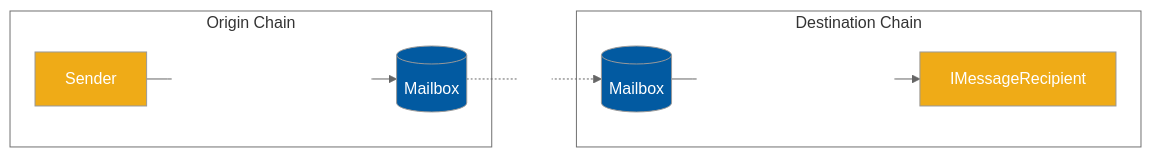
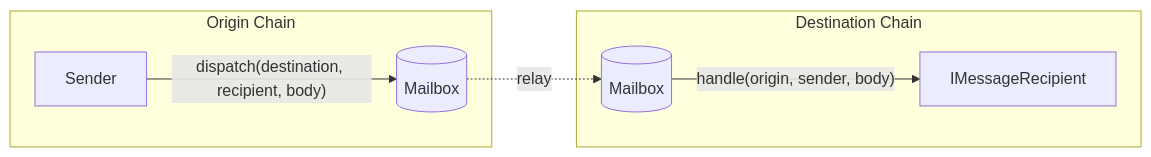
Before and after one commit to hyperlane-xyz/v3-docs: the diagram in docs/reference/messaging/README.mdx, drawn with Mermaid. The commit also changed 3 other files, not shown here.

````diff
--- a/docs/reference/messaging/README.mdx
+++ b/docs/reference/messaging/README.mdx
@@ -15,34 +15,17 @@
 ```mermaid
-%%{ init: {
-  "theme": "neutral",
-  "themeVariables": {
-    "mainBkg": "#025AA1",
-    "textColor": "white",
-    "clusterBkg": "white"
-  },
-  "themeCSS": ".edgeLabel { color: black }"
-}}%%
-
 flowchart LR
     subgraph Origin Chain
       Sender
       M_O[(Mailbox)]
       Sender -- "dispatch(destination, recipient, body)" --> M_O
     end
 
     subgraph Destination Chain
       Recipient[IMessageRecipient]
       M_D[(Mailbox)]
 
       M_D -- "handle(origin, sender, body)" --> Recipient
     end
 
     M_O -. "relay" .-> M_D
-
-    click M_O https://github.com/hyperlane-xyz/hyperlane-monorepo/blob/main/solidity/contracts/Mailbox.sol
-    click Recipient https://github.com/hyperlane-xyz/hyperlane-monorepo/blob/main/solidity/interfaces/IMessageRecipient.sol
-    click M_D https://github.com/hyperlane-xyz/hyperlane-monorepo/blob/main/solidity/contracts/Mailbox.sol
-
-    style Sender fill:#efab17
-    style Recipient fill:#efab17
 ```
````
